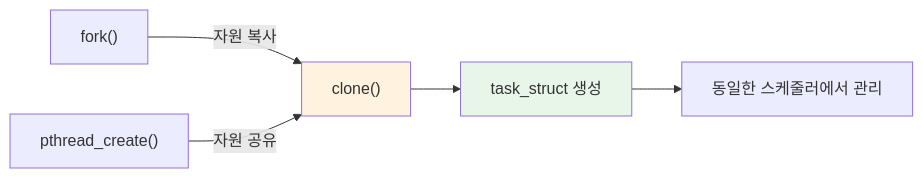
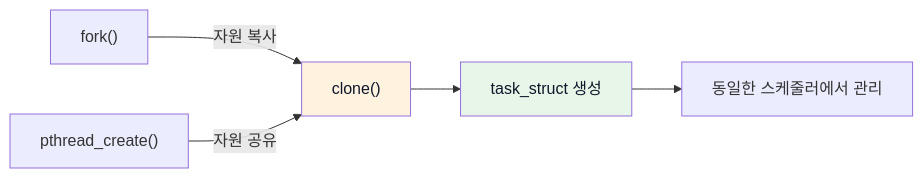
The second of 16 diagrams in src/content/blog/jvm-concurrency-model-1-fundamentals.md (snowink1137/blog), drawn with Mermaid before and after one commit. The commit also changed other lines of this file and 17 other files, not shown here.

First line of the commit message:
mermaid 다크모드 대비 수정 — 파스텔 배경 노드의 글자색 명시

````diff
--- a/src/content/blog/jvm-concurrency-model-1-fundamentals.md
+++ b/src/content/blog/jvm-concurrency-model-1-fundamentals.md
@@ -101,10 +101,10 @@
 ```mermaid
 graph LR
     FORK["fork()"] -->|"자원 복사"| CLONE["clone()"]
     PTHREAD["pthread_create()"] -->|"자원 공유"| CLONE
     CLONE --> TASK["task_struct 생성"]
     TASK --> SCHED["동일한 스케줄러에서 관리"]
 
-    style CLONE fill:#fff3e0
-    style TASK fill:#e8f5e9
+    style CLONE fill:#fff3e0,color:#0f172a
+    style TASK fill:#e8f5e9,color:#0f172a
 ```
````
